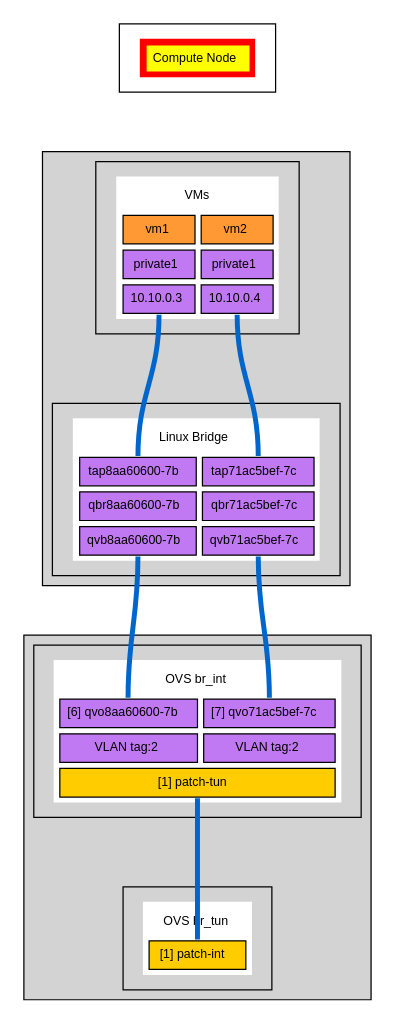
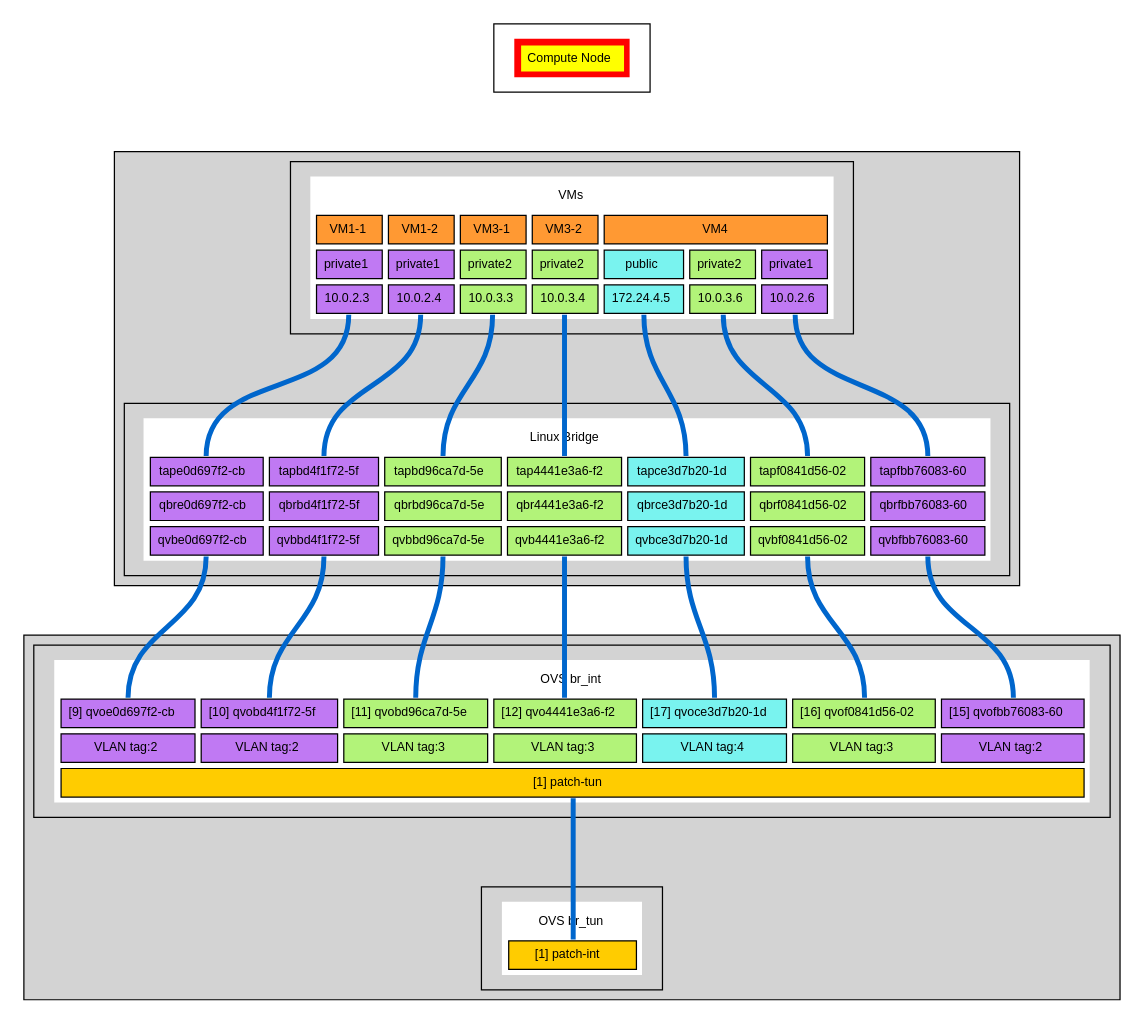
The diagram in ovs/static/compute.dot (CiscoSystems/don), drawn with Graphviz before and after one commit. The commit also changed 7 other files, not shown here.

Commit message:
Cleanup and retaining old visualization charts.

```diff
--- a/ovs/static/compute.dot
+++ b/ovs/static/compute.dot
@@ -1,113 +1,161 @@
 digraph DON_compute {
 graph [fontsize=10 fontname="Helvetica"];
 node [fontsize=10 fontname="Helvetica"];
 rankdir = TB;
 ranksep = 1;
 concentrate = true;
 compound = true;
 edge [dir=none]
 
 subgraph cluster_ComputeNode {
 ComputeNode [ shape = plaintext, label = <
 <TABLE BORDER="0" CELLBORDER="1" CELLSPACING="5" CELLPADDING="5" BGCOLOR="red">
 <TR>
 <TD COLSPAN="1" BORDER="0" BGCOLOR="yellow" PORT="ComputeNode">Compute Node</TD>
 </TR>
 </TABLE>>];
 
 }
 
 subgraph cluster_Nova {
 style=filled
 subgraph cluster_VMs {
 VMs [ shape = plaintext, label = <
 <TABLE BORDER="0" CELLBORDER="1" CELLSPACING="5" CELLPADDING="5" BGCOLOR="white">
 <TR>
-<TD COLSPAN="2" BORDER="0" BGCOLOR="white" PORT="VMs">VMs</TD>
+<TD COLSPAN="7" BORDER="0" BGCOLOR="white" PORT="VMs">VMs</TD>
 </TR>
 <TR>
-<TD ROWSPAN="1" COLSPAN="1" BGCOLOR="#ff9933">vm1</TD>
-<TD ROWSPAN="1" COLSPAN="1" BGCOLOR="#ff9933">vm2</TD>
+<TD ROWSPAN="1" COLSPAN="1" BGCOLOR="#ff9933">VM1-1</TD>
+<TD ROWSPAN="1" COLSPAN="1" BGCOLOR="#ff9933">VM1-2</TD>
+<TD ROWSPAN="1" COLSPAN="1" BGCOLOR="#ff9933">VM3-1</TD>
+<TD ROWSPAN="1" COLSPAN="1" BGCOLOR="#ff9933">VM3-2</TD>
+<TD ROWSPAN="1" COLSPAN="3" BGCOLOR="#ff9933">VM4</TD>
 </TR>
 <TR>
 <TD ROWSPAN="1" COLSPAN="1" BGCOLOR="#c079f3">private1</TD>
 <TD ROWSPAN="1" COLSPAN="1" BGCOLOR="#c079f3">private1</TD>
+<TD ROWSPAN="1" COLSPAN="1" BGCOLOR="#b2f379">private2</TD>
+<TD ROWSPAN="1" COLSPAN="1" BGCOLOR="#b2f379">private2</TD>
+<TD ROWSPAN="1" COLSPAN="1" BGCOLOR="#79f3ef">public</TD>
+<TD ROWSPAN="1" COLSPAN="1" BGCOLOR="#b2f379">private2</TD>
+<TD ROWSPAN="1" COLSPAN="1" BGCOLOR="#c079f3">private1</TD>
 </TR>
 <TR>
-<TD ROWSPAN="1" COLSPAN="1" BGCOLOR="#c079f3" PORT="101003">10.10.0.3</TD>
-<TD ROWSPAN="1" COLSPAN="1" BGCOLOR="#c079f3" PORT="101004">10.10.0.4</TD>
+<TD ROWSPAN="1" COLSPAN="1" BGCOLOR="#c079f3" PORT="10023">10.0.2.3</TD>
+<TD ROWSPAN="1" COLSPAN="1" BGCOLOR="#c079f3" PORT="10024">10.0.2.4</TD>
+<TD ROWSPAN="1" COLSPAN="1" BGCOLOR="#b2f379" PORT="10033">10.0.3.3</TD>
+<TD ROWSPAN="1" COLSPAN="1" BGCOLOR="#b2f379" PORT="10034">10.0.3.4</TD>
+<TD ROWSPAN="1" COLSPAN="1" BGCOLOR="#79f3ef" PORT="1722445">172.24.4.5</TD>
+<TD ROWSPAN="1" COLSPAN="1" BGCOLOR="#b2f379" PORT="10036">10.0.3.6</TD>
+<TD ROWSPAN="1" COLSPAN="1" BGCOLOR="#c079f3" PORT="10026">10.0.2.6</TD>
 </TR>
 </TABLE>>];
 
 }
 
 subgraph cluster_LinuxBridge {
 LinuxBridge [ shape = plaintext, label = <
 <TABLE BORDER="0" CELLBORDER="1" CELLSPACING="5" CELLPADDING="5" BGCOLOR="white">
 <TR>
-<TD COLSPAN="2" BORDER="0" BGCOLOR="white" PORT="LinuxBridge">Linux Bridge</TD>
+<TD COLSPAN="7" BORDER="0" BGCOLOR="white" PORT="LinuxBridge">Linux Bridge</TD>
 </TR>
 <TR>
-<TD ROWSPAN="1" COLSPAN="1" BGCOLOR="#c079f3" PORT="tap8aa60600_7b">tap8aa60600-7b</TD>
-<TD ROWSPAN="1" COLSPAN="1" BGCOLOR="#c079f3" PORT="tap71ac5bef_7c">tap71ac5bef-7c</TD>
+<TD ROWSPAN="1" COLSPAN="1" BGCOLOR="#c079f3" PORT="tape0d697f2_cb">tape0d697f2-cb</TD>
+<TD ROWSPAN="1" COLSPAN="1" BGCOLOR="#c079f3" PORT="tapbd4f1f72_5f">tapbd4f1f72-5f</TD>
+<TD ROWSPAN="1" COLSPAN="1" BGCOLOR="#b2f379" PORT="tapbd96ca7d_5e">tapbd96ca7d-5e</TD>
+<TD ROWSPAN="1" COLSPAN="1" BGCOLOR="#b2f379" PORT="tap4441e3a6_f2">tap4441e3a6-f2</TD>
+<TD ROWSPAN="1" COLSPAN="1" BGCOLOR="#79f3ef" PORT="tapce3d7b20_1d">tapce3d7b20-1d</TD>
+<TD ROWSPAN="1" COLSPAN="1" BGCOLOR="#b2f379" PORT="tapf0841d56_02">tapf0841d56-02</TD>
+<TD ROWSPAN="1" COLSPAN="1" BGCOLOR="#c079f3" PORT="tapfbb76083_60">tapfbb76083-60</TD>
 </TR>
 <TR>
-<TD ROWSPAN="1" COLSPAN="1" BGCOLOR="#c079f3" PORT="qbr8aa60600_7b">qbr8aa60600-7b</TD>
-<TD ROWSPAN="1" COLSPAN="1" BGCOLOR="#c079f3" PORT="qbr71ac5bef_7c">qbr71ac5bef-7c</TD>
+<TD ROWSPAN="1" COLSPAN="1" BGCOLOR="#c079f3" PORT="qbre0d697f2_cb">qbre0d697f2-cb</TD>
+<TD ROWSPAN="1" COLSPAN="1" BGCOLOR="#c079f3" PORT="qbrbd4f1f72_5f">qbrbd4f1f72-5f</TD>
+<TD ROWSPAN="1" COLSPAN="1" BGCOLOR="#b2f379" PORT="qbrbd96ca7d_5e">qbrbd96ca7d-5e</TD>
+<TD ROWSPAN="1" COLSPAN="1" BGCOLOR="#b2f379" PORT="qbr4441e3a6_f2">qbr4441e3a6-f2</TD>
+<TD ROWSPAN="1" COLSPAN="1" BGCOLOR="#79f3ef" PORT="qbrce3d7b20_1d">qbrce3d7b20-1d</TD>
+<TD ROWSPAN="1" COLSPAN="1" BGCOLOR="#b2f379" PORT="qbrf0841d56_02">qbrf0841d56-02</TD>
+<TD ROWSPAN="1" COLSPAN="1" BGCOLOR="#c079f3" PORT="qbrfbb76083_60">qbrfbb76083-60</TD>
 </TR>
 <TR>
-<TD ROWSPAN="1" COLSPAN="1" BGCOLOR="#c079f3" PORT="qvb8aa60600_7b">qvb8aa60600-7b</TD>
-<TD ROWSPAN="1" COLSPAN="1" BGCOLOR="#c079f3" PORT="qvb71ac5bef_7c">qvb71ac5bef-7c</TD>
+<TD ROWSPAN="1" COLSPAN="1" BGCOLOR="#c079f3" PORT="qvbe0d697f2_cb">qvbe0d697f2-cb</TD>
+<TD ROWSPAN="1" COLSPAN="1" BGCOLOR="#c079f3" PORT="qvbbd4f1f72_5f">qvbbd4f1f72-5f</TD>
+<TD ROWSPAN="1" COLSPAN="1" BGCOLOR="#b2f379" PORT="qvbbd96ca7d_5e">qvbbd96ca7d-5e</TD>
+<TD ROWSPAN="1" COLSPAN="1" BGCOLOR="#b2f379" PORT="qvb4441e3a6_f2">qvb4441e3a6-f2</TD>
+<TD ROWSPAN="1" COLSPAN="1" BGCOLOR="#79f3ef" PORT="qvbce3d7b20_1d">qvbce3d7b20-1d</TD>
+<TD ROWSPAN="1" COLSPAN="1" BGCOLOR="#b2f379" PORT="qvbf0841d56_02">qvbf0841d56-02</TD>
+<TD ROWSPAN="1" COLSPAN="1" BGCOLOR="#c079f3" PORT="qvbfbb76083_60">qvbfbb76083-60</TD>
 </TR>
 </TABLE>>];
 
 }
 
 }
 
 subgraph cluster_OVS {
 style=filled
 subgraph cluster_compute_br_int {
 compute_br_int [ shape = plaintext, label = <
 <TABLE BORDER="0" CELLBORDER="1" CELLSPACING="5" CELLPADDING="5" BGCOLOR="white">
 <TR>
-<TD COLSPAN="2" BORDER="0" BGCOLOR="white" PORT="OVSbr_int">OVS br_int</TD>
+<TD COLSPAN="7" BORDER="0" BGCOLOR="white" PORT="OVSbr_int">OVS br_int</TD>
 </TR>
 <TR>
-<TD ROWSPAN="1" COLSPAN="1" BGCOLOR="#c079f3" PORT="qvo8aa60600_7b">[6] qvo8aa60600-7b</TD>
-<TD ROWSPAN="1" COLSPAN="1" BGCOLOR="#c079f3" PORT="qvo71ac5bef_7c">[7] qvo71ac5bef-7c</TD>
+<TD ROWSPAN="1" COLSPAN="1" BGCOLOR="#c079f3" PORT="qvoe0d697f2_cb">[9] qvoe0d697f2-cb</TD>
+<TD ROWSPAN="1" COLSPAN="1" BGCOLOR="#c079f3" PORT="qvobd4f1f72_5f">[10] qvobd4f1f72-5f</TD>
+<TD ROWSPAN="1" COLSPAN="1" BGCOLOR="#b2f379" PORT="qvobd96ca7d_5e">[11] qvobd96ca7d-5e</TD>
+<TD ROWSPAN="1" COLSPAN="1" BGCOLOR="#b2f379" PORT="qvo4441e3a6_f2">[12] qvo4441e3a6-f2</TD>
+<TD ROWSPAN="1" COLSPAN="1" BGCOLOR="#79f3ef" PORT="qvoce3d7b20_1d">[17] qvoce3d7b20-1d</TD>
+<TD ROWSPAN="1" COLSPAN="1" BGCOLOR="#b2f379" PORT="qvof0841d56_02">[16] qvof0841d56-02</TD>
+<TD ROWSPAN="1" COLSPAN="1" BGCOLOR="#c079f3" PORT="qvofbb76083_60">[15] qvofbb76083-60</TD>
 </TR>
 <TR>
-<TD ROWSPAN="1" COLSPAN="1" BGCOLOR="#c079f3" PORT="qvo8aa60600_7btag_2">VLAN tag:2</TD>
-<TD ROWSPAN="1" COLSPAN="1" BGCOLOR="#c079f3" PORT="qvo71ac5bef_7ctag_2">VLAN tag:2</TD>
+<TD ROWSPAN="1" COLSPAN="1" BGCOLOR="#c079f3" PORT="qvoe0d697f2_cbtag_2">VLAN tag:2</TD>
+<TD ROWSPAN="1" COLSPAN="1" BGCOLOR="#c079f3" PORT="qvobd4f1f72_5ftag_2">VLAN tag:2</TD>
+<TD ROWSPAN="1" COLSPAN="1" BGCOLOR="#b2f379" PORT="qvobd96ca7d_5etag_3">VLAN tag:3</TD>
+<TD ROWSPAN="1" COLSPAN="1" BGCOLOR="#b2f379" PORT="qvo4441e3a6_f2tag_3">VLAN tag:3</TD>
+<TD ROWSPAN="1" COLSPAN="1" BGCOLOR="#79f3ef" PORT="qvoce3d7b20_1dtag_4">VLAN tag:4</TD>
+<TD ROWSPAN="1" COLSPAN="1" BGCOLOR="#b2f379" PORT="qvof0841d56_02tag_3">VLAN tag:3</TD>
+<TD ROWSPAN="1" COLSPAN="1" BGCOLOR="#c079f3" PORT="qvofbb76083_60tag_2">VLAN tag:2</TD>
 </TR>
 <TR>
-<TD ROWSPAN="1" COLSPAN="2" BGCOLOR="#ffcc00" PORT="patch_tun">[1] patch-tun</TD>
+<TD ROWSPAN="1" COLSPAN="7" BGCOLOR="#ffcc00" PORT="patch_tun">[1] patch-tun</TD>
 </TR>
 </TABLE>>];
 
 }
 
 subgraph cluster_compute_br_tun {
 compute_br_tun [ shape = plaintext, label = <
 <TABLE BORDER="0" CELLBORDER="1" CELLSPACING="5" CELLPADDING="5" BGCOLOR="white">
 <TR>
-<TD COLSPAN="2" BORDER="0" BGCOLOR="white" PORT="OVSbr_tun">OVS br_tun</TD>
+<TD COLSPAN="7" BORDER="0" BGCOLOR="white" PORT="OVSbr_tun">OVS br_tun</TD>
 </TR>
 <TR>
-<TD ROWSPAN="1" COLSPAN="2" BGCOLOR="#ffcc00" PORT="patch_int">[1] patch-int</TD>
+<TD ROWSPAN="1" COLSPAN="7" BGCOLOR="#ffcc00" PORT="patch_int">[1] patch-int</TD>
 </TR>
 </TABLE>>];
 
 }
 
 }
 
 ComputeNode:s -> VMs:n [color = "#0066cc", penwidth = "4", style="invis"]
-VMs:101003:s -> LinuxBridge:tap8aa60600_7b:n [color = "#0066cc", penwidth = "4"]
-VMs:101004:s -> LinuxBridge:tap71ac5bef_7c:n [color = "#0066cc", penwidth = "4"]
-LinuxBridge:qvb8aa60600_7b:s -> compute_br_int:qvo8aa60600_7b:n [color = "#0066cc", penwidth = "4"]
-LinuxBridge:qvb71ac5bef_7c:s -> compute_br_int:qvo71ac5bef_7c:n [color = "#0066cc", penwidth = "4"]
+VMs:10023:s -> LinuxBridge:tape0d697f2_cb:n [color = "#0066cc", penwidth = "4"]
+VMs:10024:s -> LinuxBridge:tapbd4f1f72_5f:n [color = "#0066cc", penwidth = "4"]
+VMs:10033:s -> LinuxBridge:tapbd96ca7d_5e:n [color = "#0066cc", penwidth = "4"]
+VMs:10034:s -> LinuxBridge:tap4441e3a6_f2:n [color = "#0066cc", penwidth = "4"]
+VMs:1722445:s -> LinuxBridge:tapce3d7b20_1d:n [color = "#0066cc", penwidth = "4"]
+VMs:10036:s -> LinuxBridge:tapf0841d56_02:n [color = "#0066cc", penwidth = "4"]
+VMs:10026:s -> LinuxBridge:tapfbb76083_60:n [color = "#0066cc", penwidth = "4"]
+LinuxBridge:qvbe0d697f2_cb:s -> compute_br_int:qvoe0d697f2_cb:n [color = "#0066cc", penwidth = "4"]
+LinuxBridge:qvbbd4f1f72_5f:s -> compute_br_int:qvobd4f1f72_5f:n [color = "#0066cc", penwidth = "4"]
+LinuxBridge:qvbbd96ca7d_5e:s -> compute_br_int:qvobd96ca7d_5e:n [color = "#0066cc", penwidth = "4"]
+LinuxBridge:qvb4441e3a6_f2:s -> compute_br_int:qvo4441e3a6_f2:n [color = "#0066cc", penwidth = "4"]
+LinuxBridge:qvbce3d7b20_1d:s -> compute_br_int:qvoce3d7b20_1d:n [color = "#0066cc", penwidth = "4"]
+LinuxBridge:qvbf0841d56_02:s -> compute_br_int:qvof0841d56_02:n [color = "#0066cc", penwidth = "4"]
+LinuxBridge:qvbfbb76083_60:s -> compute_br_int:qvofbb76083_60:n [color = "#0066cc", penwidth = "4"]
 compute_br_int:patch_tun:s -> compute_br_tun:patch_int:n [color = "#0066cc", penwidth = "4"]
 
 }
```
